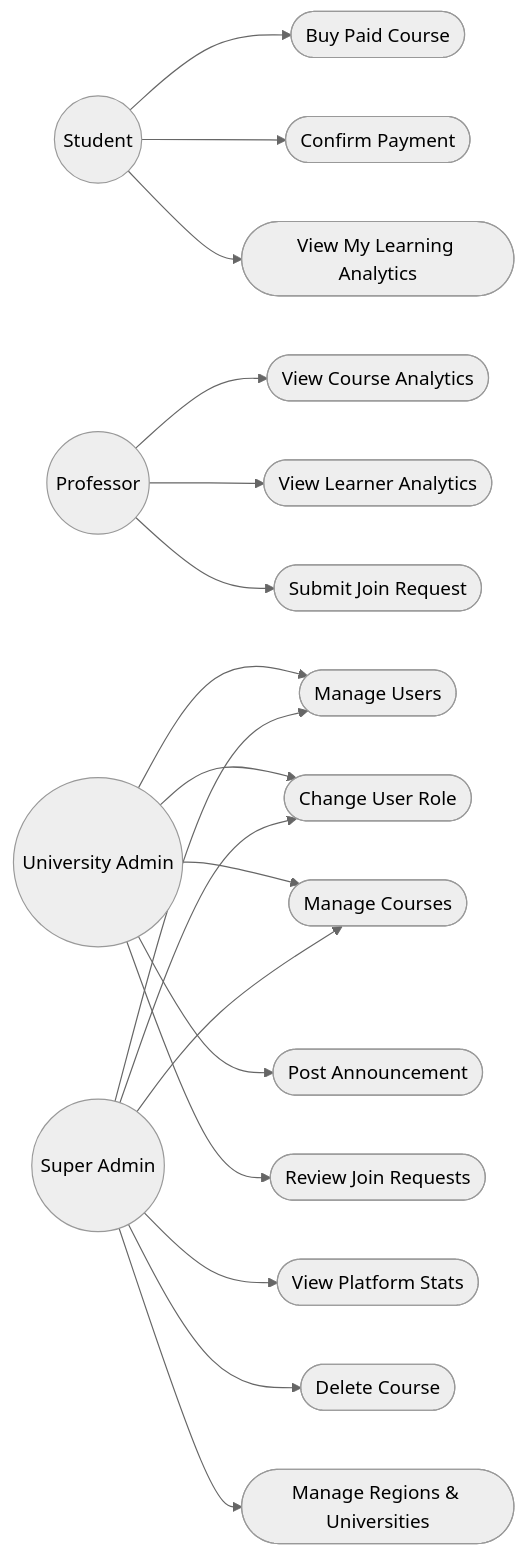
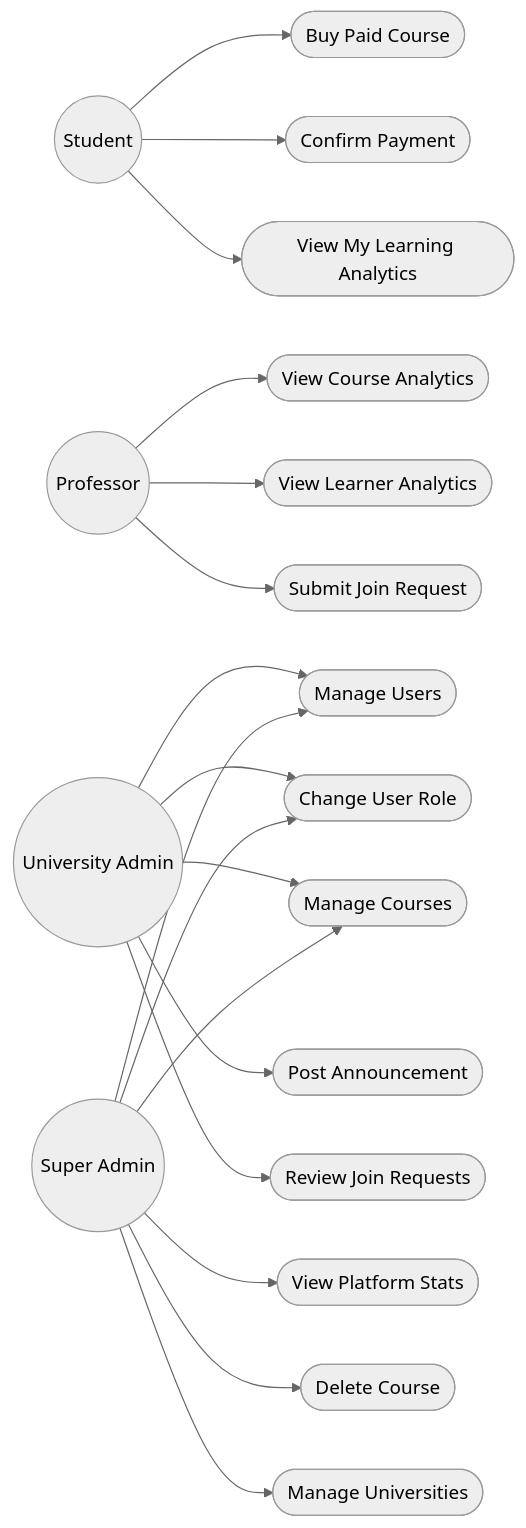
Before and after one commit to yazidha09/Hub4Learners: the third of 6 diagrams in docs/sprints/SPRINT_6.md, drawn with Mermaid (neutral theme). The commit also changed other lines of this file and 18 other files, not shown here.

````diff
--- a/docs/sprints/SPRINT_6.md
+++ b/docs/sprints/SPRINT_6.md
@@ -141,40 +134,40 @@
 ```mermaid
 graph LR
     S((Student))
     P((Professor))
     UA((University Admin))
     SA((Super Admin))
 
     UC1([Buy Paid Course])
     UC2([Confirm Payment])
     UC3([View My Learning Analytics])
     UC4([View Course Analytics])
     UC5([View Learner Analytics])
     UC6([View Platform Stats])
     UC7([Manage Users])
     UC8([Change User Role])
     UC9([Manage Courses])
     UC10([Delete Course])
     UC11([Post Announcement])
-    UC12([Manage Regions & Universities])
+    UC12([Manage Universities])
     UC13([Submit Join Request])
     UC14([Review Join Requests])
 
     S --> UC1
     S --> UC2
     S --> UC3
     P --> UC4
     P --> UC5
     P --> UC13
     SA --> UC6
     UA --> UC7
     SA --> UC7
     UA --> UC8
     SA --> UC8
     UA --> UC9
     SA --> UC9
     SA --> UC10
     UA --> UC11
     SA --> UC12
     UA --> UC14
 ```
````
